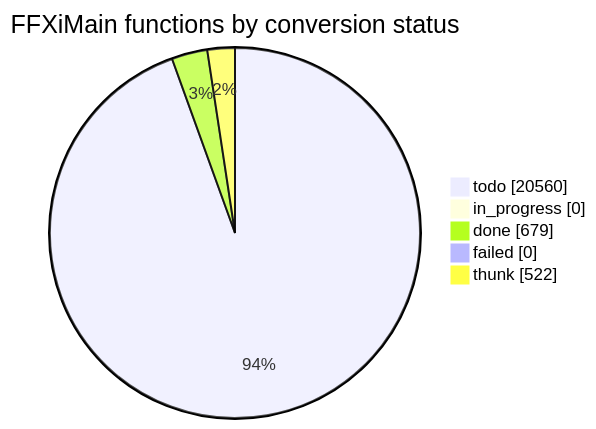
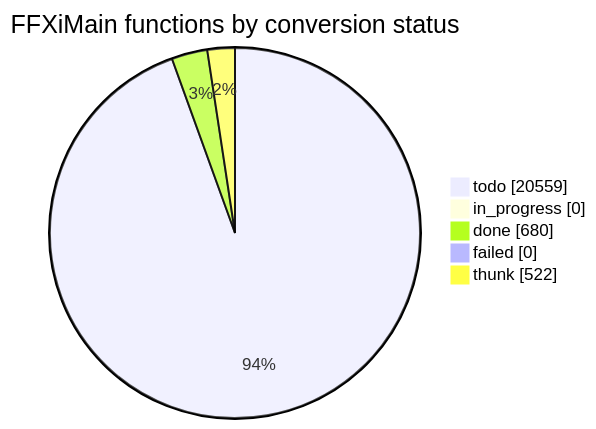
Before and after one commit to cowrevenge/cow_kuluu_xi_anything: the diagram in docs/cow/STATUS.md, drawn with Mermaid. The commit also changed other lines of this file and 9 other files, not shown here.

````diff
--- a/docs/cow/STATUS.md
+++ b/docs/cow/STATUS.md
@@ -18,9 +18,9 @@
 ```mermaid
 pie showData
     title FFXiMain functions by conversion status
-    "todo" : 20560
+    "todo" : 20559
     "in_progress" : 0
-    "done" : 679
+    "done" : 680
     "failed" : 0
     "thunk" : 522
 ```
````
